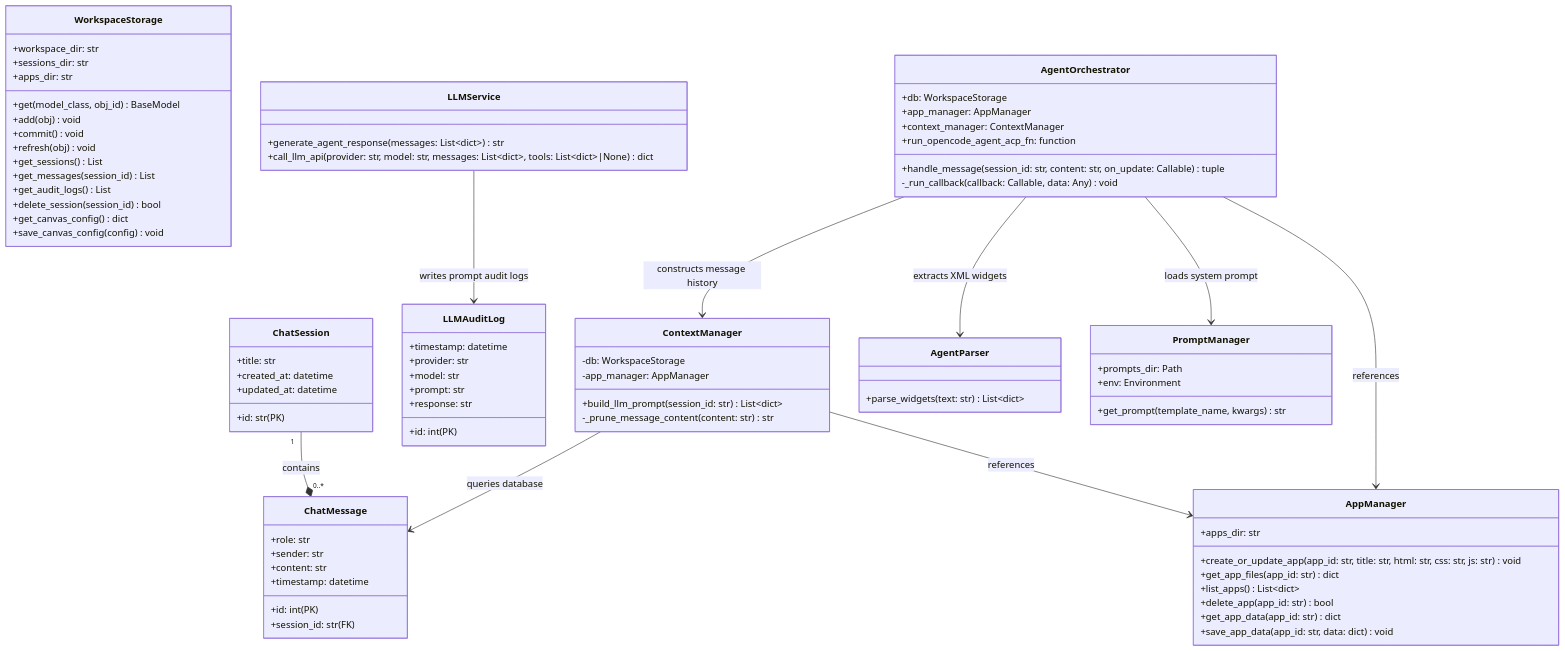
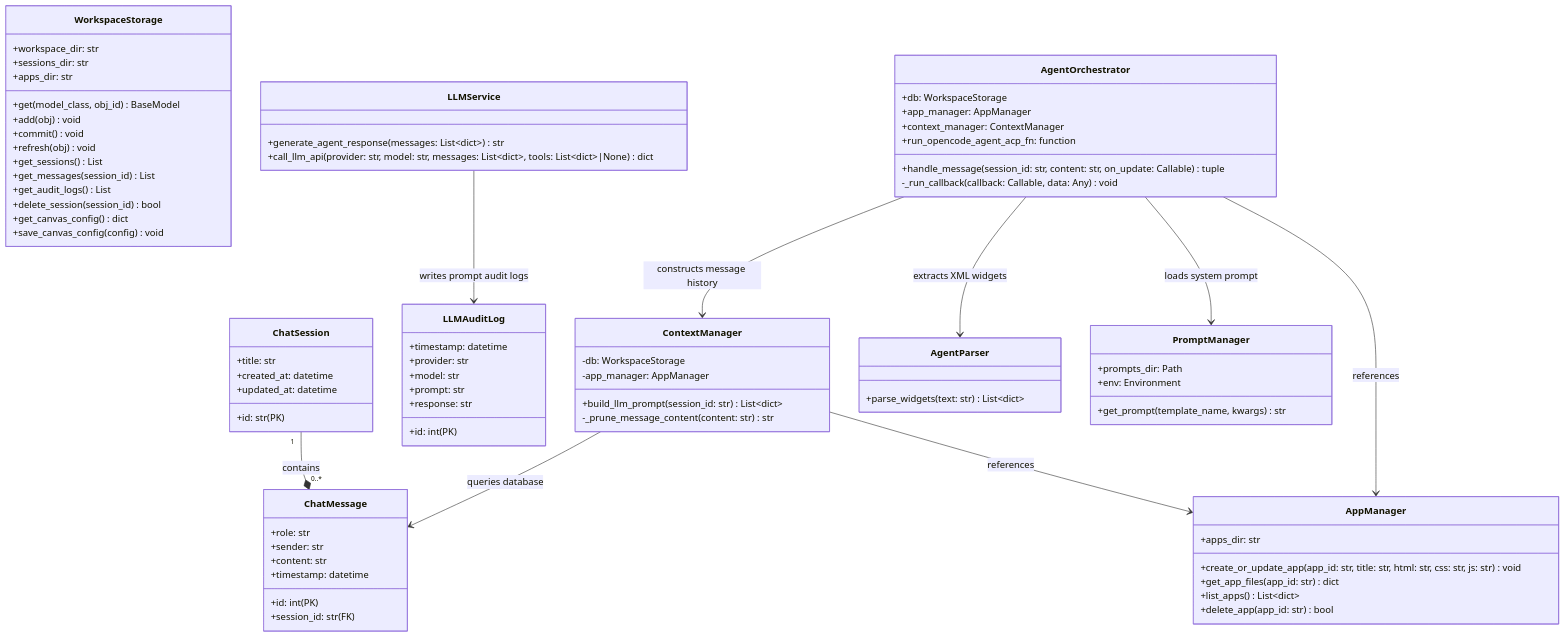
The diagram in backend/UML.md (BillShiyaoZhang/ambient-agent), drawn with Mermaid before and after one commit. The commit also changed 20 other files, not shown here.

Commit message:
feat: implement graph database with real-time websocket subscription engine and remove legacy app data persistence

```diff
--- a/backend/UML.md
+++ b/backend/UML.md
@@ -37,8 +37,6 @@
         +get_app_files(app_id: str) dict
         +list_apps() List~dict~
         +delete_app(app_id: str) bool
-        +get_app_data(app_id: str) dict
-        +save_app_data(app_id: str, data: dict) void
     }
 
     class WorkspaceStorage {
```
